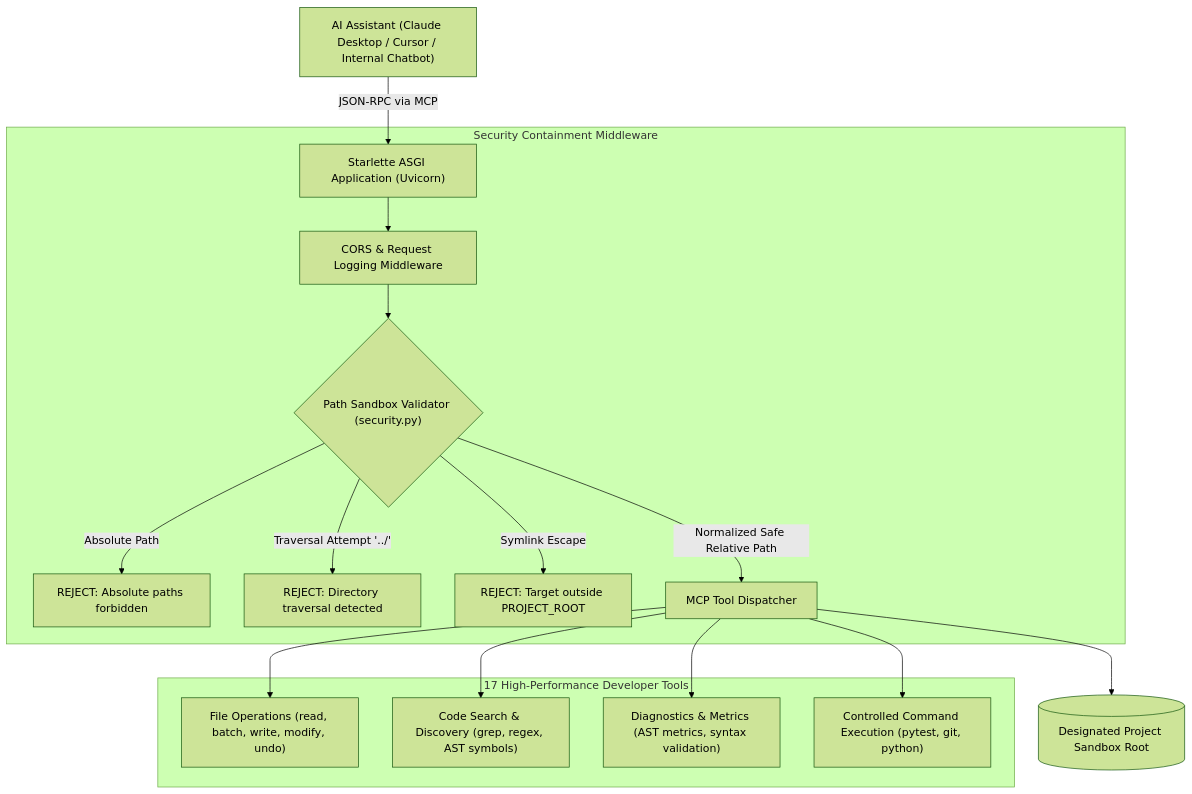
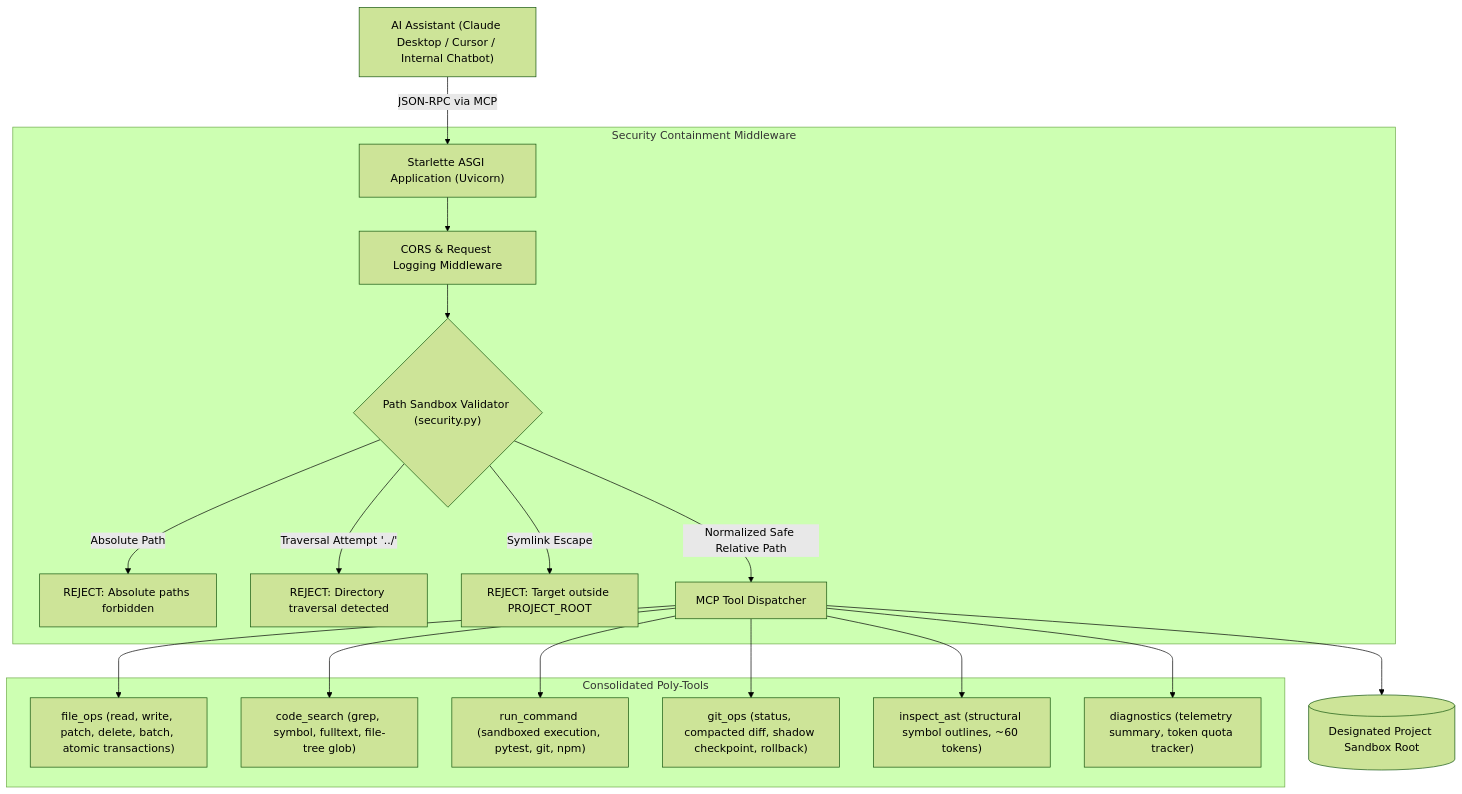
The diagram in README.md (Vignesh-Manivasakam/MCP-Code-Copilot), drawn with Mermaid (forest theme) before and after one commit. The commit also changed other lines of this file and 58 other files, not shown here.

First line of the commit message:
feat: refactor into modular poly-tool architecture with dual-transport server

````diff
--- a/README.md
+++ b/README.md
@@ -46,23 +48,25 @@
 ```mermaid
 flowchart TD
     Client["AI Assistant (Claude Desktop / Cursor / Internal Chatbot)"] -->|JSON-RPC via MCP| Server["Starlette ASGI Application (Uvicorn)"]
     
     subgraph "Security Containment Middleware"
         Server --> CORS["CORS & Request Logging Middleware"]
         CORS --> PathValidator{"Path Sandbox Validator (security.py)"}
         
         PathValidator -->|Absolute Path| Reject1["REJECT: Absolute paths forbidden"]
         PathValidator -->|Traversal Attempt '../'| Reject2["REJECT: Directory traversal detected"]
         PathValidator -->|Symlink Escape| Reject3["REJECT: Target outside PROJECT_ROOT"]
         PathValidator -->|Normalized Safe Relative Path| ToolDispatcher["MCP Tool Dispatcher"]
     end
     
-    subgraph "17 High-Performance Developer Tools"
-        ToolDispatcher --> T1["File Operations (read, batch, write, modify, undo)"]
-        ToolDispatcher --> T2["Code Search & Discovery (grep, regex, AST symbols)"]
-        ToolDispatcher --> T3["Diagnostics & Metrics (AST metrics, syntax validation)"]
-        ToolDispatcher --> T4["Controlled Command Execution (pytest, git, python)"]
+    subgraph "Consolidated Poly-Tools"
+        ToolDispatcher --> T1["file_ops (read, write, patch, delete, batch, atomic transactions)"]
+        ToolDispatcher --> T2["code_search (grep, symbol, fulltext, file-tree glob)"]
+        ToolDispatcher --> T3["run_command (sandboxed execution, pytest, git, npm)"]
+        ToolDispatcher --> T4["git_ops (status, compacted diff, shadow checkpoint, rollback)"]
+        ToolDispatcher --> T5["inspect_ast (structural symbol outlines, ~60 tokens)"]
+        ToolDispatcher --> T6["diagnostics (telemetry summary, token quota tracker)"]
     end
     
     ToolDispatcher --> SandboxWorkspace[("Designated Project Sandbox Root")]
 ```
````
